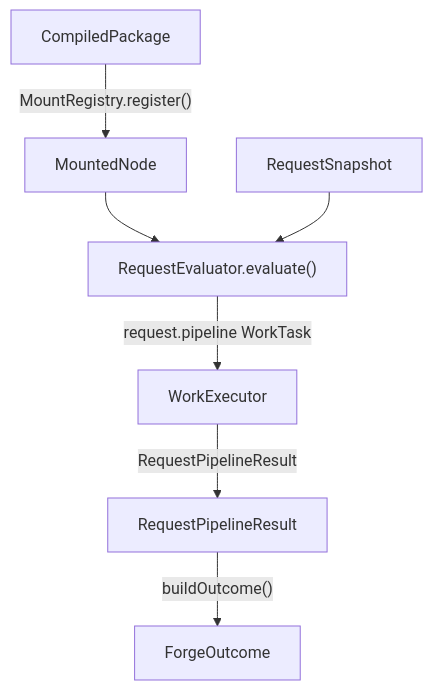
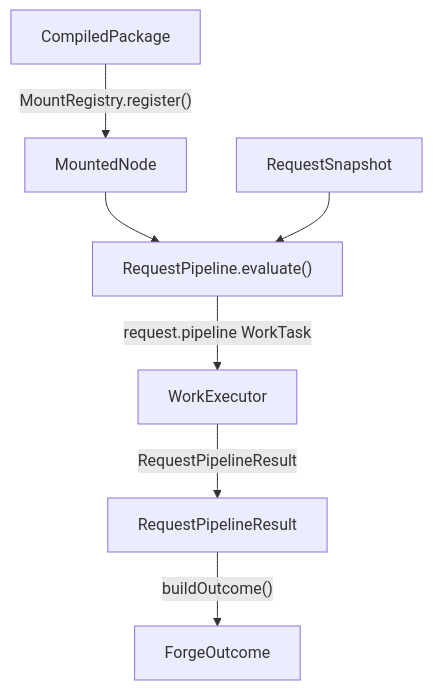
One commit to ministryofjustice/hmpps-forge changed the third of 3 diagrams in packages/forge-core/src/engine/README.md. Above: the diagram before and after it, drawn with Mermaid. The commit also changed other lines of this file and 170 other files, not shown here.

````diff
--- a/packages/forge-core/src/engine/README.md
+++ b/packages/forge-core/src/engine/README.md
@@ -110,9 +112,9 @@
 ```mermaid
 flowchart TD
   compiled["CompiledPackage"] -->|"MountRegistry.register()"| mounted["MountedNode"]
-  mounted --> evaluator["RequestEvaluator.evaluate()"]
+  mounted --> evaluator["RequestPipeline.evaluate()"]
   snapshot["RequestSnapshot"] --> evaluator
   evaluator -->|"request.pipeline WorkTask"| work["WorkExecutor"]
   work -->|"RequestPipelineResult"| result["RequestPipelineResult"]
   result -->|"buildOutcome()"| outcome["ForgeOutcome"]
 ```
````
